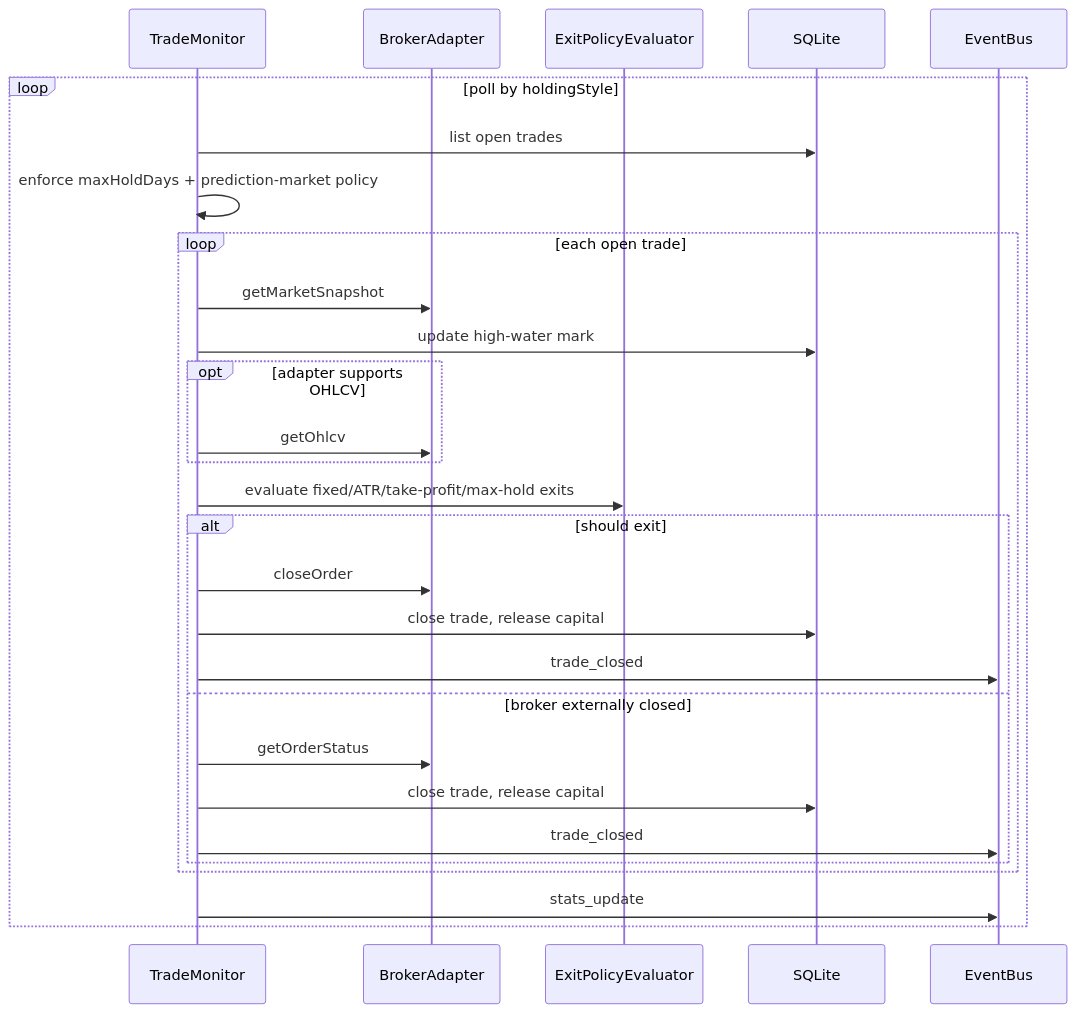
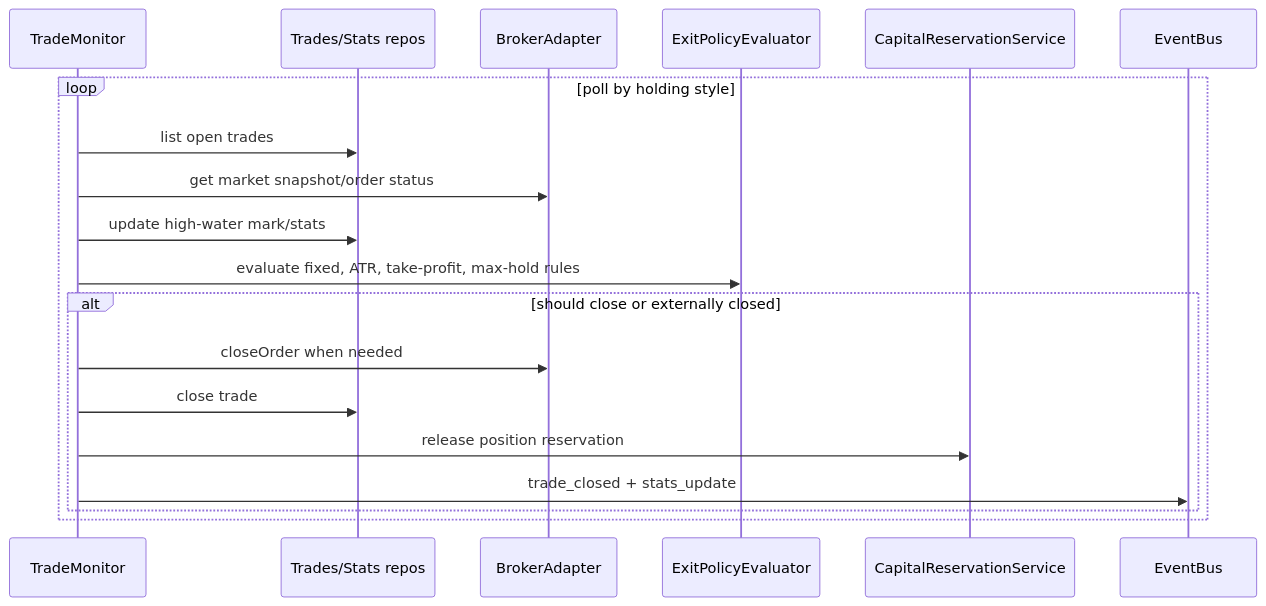
One commit to KennethAtchon/Exva changed the ninth of 14 diagrams in docs/architecture/ai-runtime.md. Above: the diagram before and after it, drawn with Mermaid. The commit also changed other lines of this file and 11 other files, not shown here.

````diff
--- a/docs/architecture/ai-runtime.md
+++ b/docs/architecture/ai-runtime.md
@@ -410,31 +362,22 @@
 ```mermaid
 sequenceDiagram
-    participant TM as TradeMonitor
+    participant Monitor as TradeMonitor
+    participant DB as Trades/Stats repos
     participant Broker as BrokerAdapter
     participant Exit as ExitPolicyEvaluator
-    participant DB as SQLite
-    participant EB as EventBus
+    participant Capital as CapitalReservationService
+    participant Bus as EventBus
 
-    loop poll by holdingStyle
-        TM->>DB: list open trades
-        TM->>TM: enforce maxHoldDays + prediction-market policy
-        loop each open trade
-            TM->>Broker: getMarketSnapshot
-            TM->>DB: update high-water mark
-            opt adapter supports OHLCV
-                TM->>Broker: getOhlcv
-            end
-            TM->>Exit: evaluate fixed/ATR/take-profit/max-hold exits
-            alt should exit
-                TM->>Broker: closeOrder
-                TM->>DB: close trade, release capital
-                TM->>EB: trade_closed
-            else broker externally closed
-                TM->>Broker: getOrderStatus
-                TM->>DB: close trade, release capital
-                TM->>EB: trade_closed
-            end
+    loop poll by holding style
+        Monitor->>DB: list open trades
+        Monitor->>Broker: get market snapshot/order status
+        Monitor->>DB: update high-water mark/stats
+        Monitor->>Exit: evaluate fixed, ATR, take-profit, max-hold rules
+        alt should close or externally closed
+            Monitor->>Broker: closeOrder when needed
+            Monitor->>DB: close trade
+            Monitor->>Capital: release position reservation
+            Monitor->>Bus: trade_closed + stats_update
         end
-        TM->>EB: stats_update
     end
 ```
````
